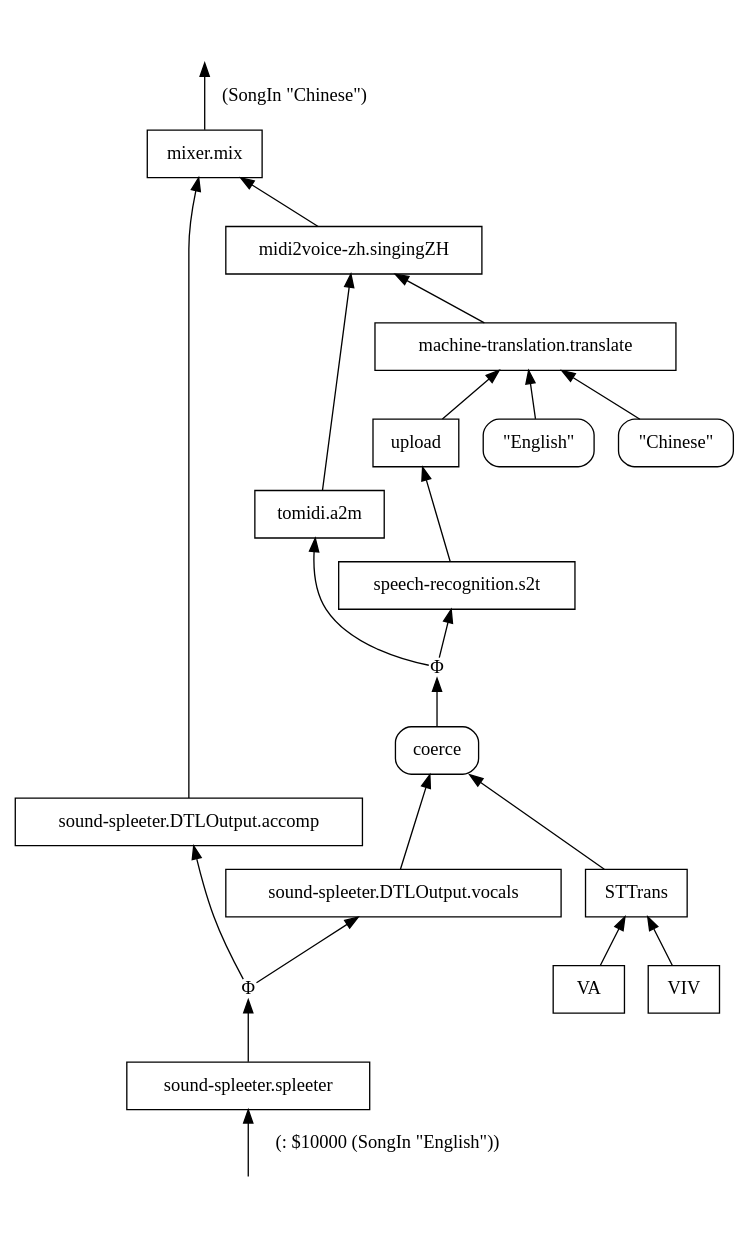
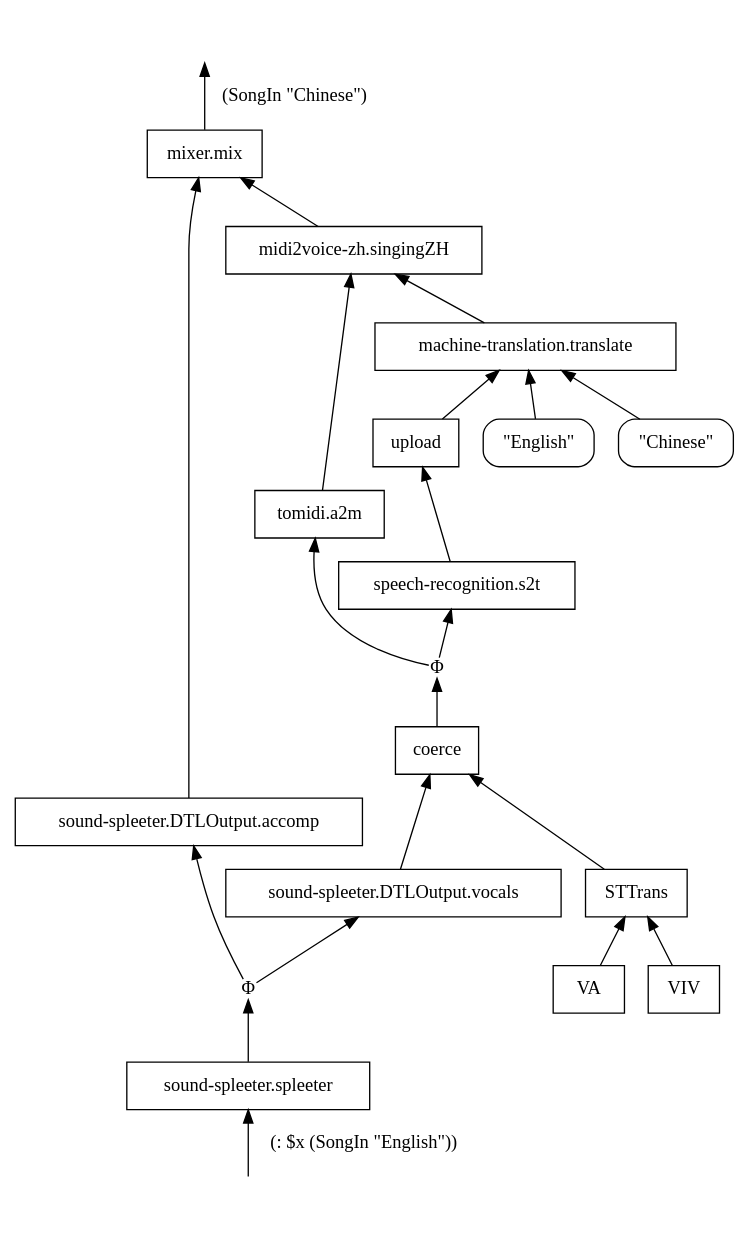
The diagram in experimental/ai-service-composition/english-to-chinese-song/dots/cnd-3.dot (singnet/ai-dsl), drawn with Graphviz before and after one commit. The commit also changed 5 other files, not shown here.

```diff
--- a/experimental/ai-service-composition/english-to-chinese-song/dots/cnd-3.dot
+++ b/experimental/ai-service-composition/english-to-chinese-song/dots/cnd-3.dot
@@ -1,44 +1,44 @@
 digraph Flowchart {
 rankdir=BT
 
 "__IN__0" [label="", shape=none]
 "__OUT__0" [label="", shape=none]
-"Φ1002" [label="Φ", shape=plain]
-"mixer.mix3" [label="mixer.mix", shape=box]
-"sound-spleeter.DTLOutput.accomp12" [label="sound-spleeter.DTLOutput.accomp", shape=box]
-"Φ1103" [label="Φ", shape=plain]
-"midi2voice-zh.singingZH104" [label="midi2voice-zh.singingZH", shape=box]
-"machine-translation.translate115" [label="machine-translation.translate", shape=box]
+"Φ344857" [label="Φ", shape=plain]
+"mixer.mix375295" [label="mixer.mix", shape=box]
+"sound-spleeter.DTLOutput.accomp309259" [label="sound-spleeter.DTLOutput.accomp", shape=box]
+"Φ384572" [label="Φ", shape=plain]
+"midi2voice-zh.singingZH984539" [label="midi2voice-zh.singingZH", shape=box]
+"machine-translation.translate322116" [label="machine-translation.translate", shape=box]
 "English" [label="\"English\"", shape=box, style=rounded]
 "Chinese" [label="\"Chinese\"", shape=box, style=rounded]
-"upload124" [label="upload", shape=box]
-"speech-recognition.s2t133" [label="speech-recognition.s2t", shape=box]
-"tomidi.a2m203" [label="tomidi.a2m", shape=box]
-coerce [label="coerce", shape=box, style=rounded]
-"STTrans124" [label="STTrans", shape=box]
-"VA133" [label="VA", shape=box]
-"VIV223" [label="VIV", shape=box]
-"sound-spleeter.DTLOutput.vocals122" [label="sound-spleeter.DTLOutput.vocals", shape=box]
-"sound-spleeter.spleeter11" [label="sound-spleeter.spleeter", shape=box]
+"upload232860" [label="upload", shape=box]
+"speech-recognition.s2t122996" [label="speech-recognition.s2t", shape=box]
+"tomidi.a2m235625" [label="tomidi.a2m", shape=box]
+"coerce617068" [label="coerce", shape=box]
+"STTrans369683" [label="STTrans", shape=box]
+"VA883701" [label="VA", shape=box]
+"VIV966962" [label="VIV", shape=box]
+"sound-spleeter.DTLOutput.vocals327495" [label="sound-spleeter.DTLOutput.vocals", shape=box]
+"sound-spleeter.spleeter371094" [label="sound-spleeter.spleeter", shape=box]
 
-"__IN__0" -> "sound-spleeter.spleeter11" [label="(: $10000 (SongIn \"English\"))"]
-"mixer.mix3" -> "__OUT__0" [label="(SongIn \"Chinese\")"]
-"sound-spleeter.spleeter11" -> "Φ1002" []
-"Φ1002" -> "sound-spleeter.DTLOutput.accomp12" []
-"Φ1002" -> "sound-spleeter.DTLOutput.vocals122" []
-"sound-spleeter.DTLOutput.accomp12" -> "mixer.mix3" []
-"midi2voice-zh.singingZH104" -> "mixer.mix3" []
-coerce -> "Φ1103" []
-"Φ1103" -> "speech-recognition.s2t133" []
-"Φ1103" -> "tomidi.a2m203" []
-"machine-translation.translate115" -> "midi2voice-zh.singingZH104" []
-"tomidi.a2m203" -> "midi2voice-zh.singingZH104" []
-"upload124" -> "machine-translation.translate115" []
-"English" -> "machine-translation.translate115" []
-"Chinese" -> "machine-translation.translate115" []
-"speech-recognition.s2t133" -> "upload124" []
-"sound-spleeter.DTLOutput.vocals122" -> coerce []
-"STTrans124" -> coerce []
-"VA133" -> "STTrans124" []
-"VIV223" -> "STTrans124" []
+"__IN__0" -> "sound-spleeter.spleeter371094" [label="(: $x (SongIn \"English\"))"]
+"mixer.mix375295" -> "__OUT__0" [label="(SongIn \"Chinese\")"]
+"sound-spleeter.spleeter371094" -> "Φ344857" []
+"Φ344857" -> "sound-spleeter.DTLOutput.accomp309259" []
+"Φ344857" -> "sound-spleeter.DTLOutput.vocals327495" []
+"sound-spleeter.DTLOutput.accomp309259" -> "mixer.mix375295" []
+"midi2voice-zh.singingZH984539" -> "mixer.mix375295" []
+"coerce617068" -> "Φ384572" []
+"Φ384572" -> "speech-recognition.s2t122996" []
+"Φ384572" -> "tomidi.a2m235625" []
+"machine-translation.translate322116" -> "midi2voice-zh.singingZH984539" []
+"tomidi.a2m235625" -> "midi2voice-zh.singingZH984539" []
+"upload232860" -> "machine-translation.translate322116" []
+"English" -> "machine-translation.translate322116" []
+"Chinese" -> "machine-translation.translate322116" []
+"speech-recognition.s2t122996" -> "upload232860" []
+"sound-spleeter.DTLOutput.vocals327495" -> "coerce617068" []
+"STTrans369683" -> "coerce617068" []
+"VA883701" -> "STTrans369683" []
+"VIV966962" -> "STTrans369683" []
 }
```
